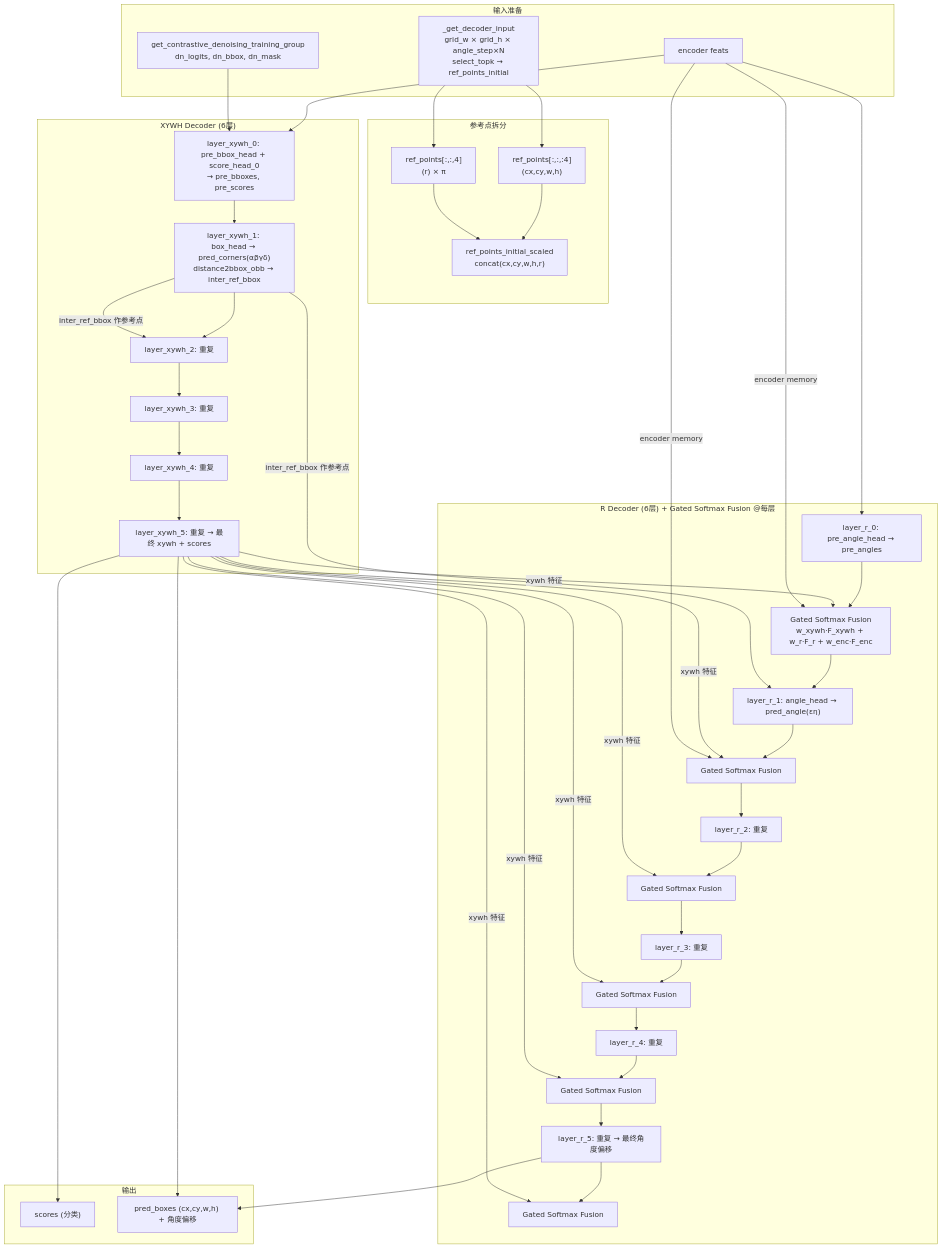
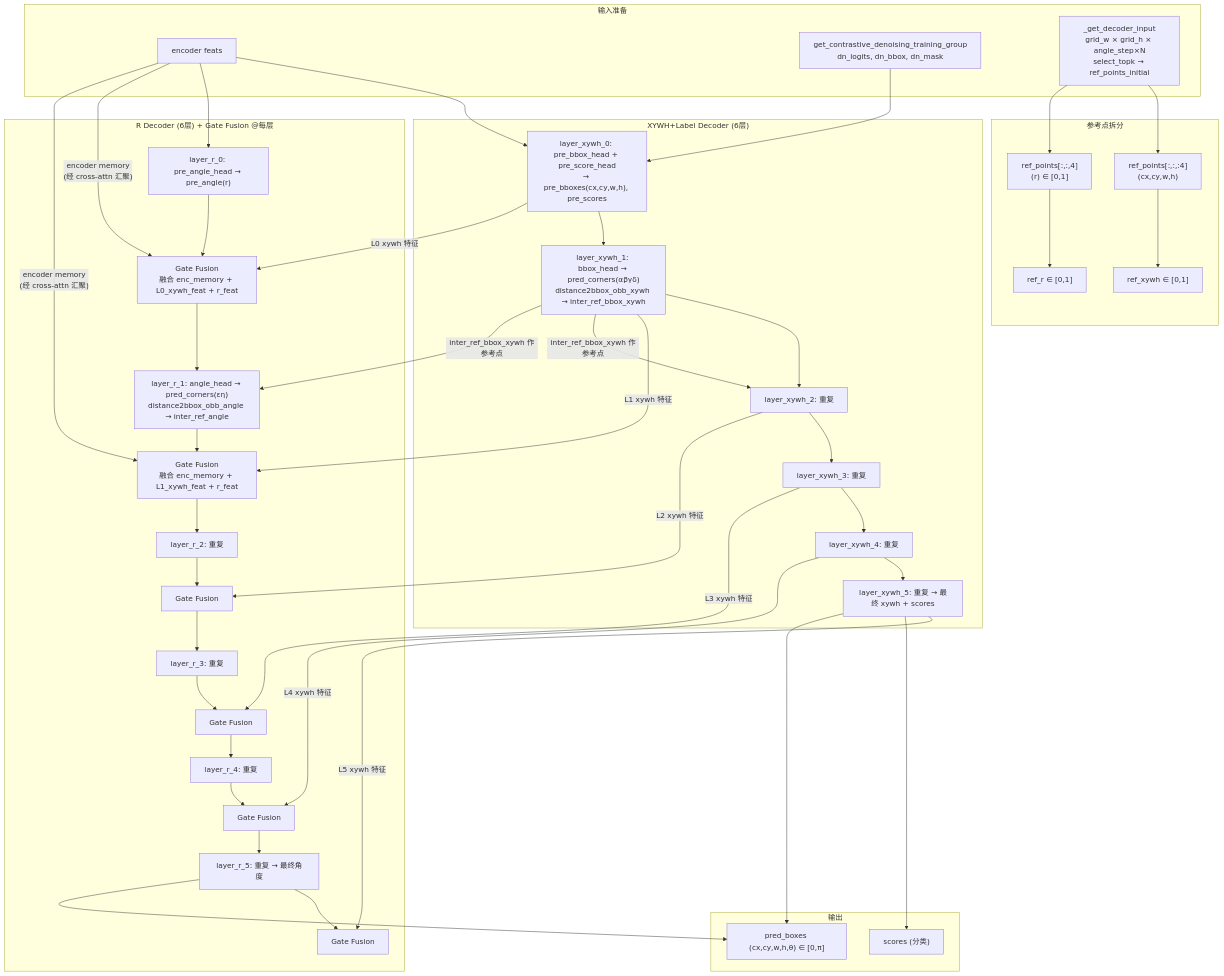
The diagram in docs/superpowers/design/2026-06-25-decoder-decoupling-design.md (brook-cheng/DEIMv2_DAOD), drawn with Mermaid before and after one commit. The commit also changed other lines of this file and 18 other files, not shown here.

````diff
--- a/docs/superpowers/design/2026-06-25-decoder-decoupling-design.md
+++ b/docs/superpowers/design/2026-06-25-decoder-decoupling-design.md
@@ -32,71 +45,70 @@
 ```mermaid
 flowchart TD
     subgraph Input["输入准备"]
         ENC["encoder feats"]
         DN["get_contrastive_denoising_training_group<br/>dn_logits, dn_bbox, dn_mask"]
         ANCHOR["_get_decoder_input<br/>grid_w × grid_h × angle_step×N<br/>select_topk → ref_points_initial"]
     end
 
     subgraph Split["参考点拆分"]
         XYWH["ref_points[:,:,:4]<br/>(cx,cy,w,h)"]
-        R_REF["ref_points[:,:,4]<br/>(r) × π"]
-        SCALED["ref_points_initial_scaled<br/>concat(cx,cy,w,h,r)"]
-        XYWH --> SCALED
-        R_REF --> SCALED
+        R_REF["ref_points[:,:,4]<br/>(r) ∈ [0,1]"]
+        XYWH --> SCALED_XYWH["ref_xywh ∈ [0,1]"]
+        R_REF --> SCALED_R["ref_r ∈ [0,1]"]
     end
 
-    subgraph XYWH_path["XYWH Decoder (6层)"]
-        L0["layer_xywh_0: pre_bbox_head + score_head_0<br/>→ pre_bboxes, pre_scores"]
-        L1["layer_xywh_1: box_head → pred_corners(αβγδ)<br/>distance2bbox_obb → inter_ref_bbox"]
+    subgraph XYWH_path["XYWH+Label Decoder (6层)"]
+        L0["layer_xywh_0: pre_bbox_head + pre_score_head<br/>→ pre_bboxes(cx,cy,w,h), pre_scores"]
+        L1["layer_xywh_1: bbox_head → pred_corners(αβγδ)<br/>distance2bbox_obb_xywh → inter_ref_bbox_xywh"]
         L2["layer_xywh_2: 重复"]
         L3["layer_xywh_3: 重复"]
         L4["layer_xywh_4: 重复"]
         L5["layer_xywh_5: 重复 → 最终 xywh + scores"]
         L0 --> L1 --> L2 --> L3 --> L4 --> L5
     end
 
-    subgraph R_path["R Decoder (6层) + Gated Softmax Fusion @每层"]
-        R0["layer_r_0: pre_angle_head → pre_angles"]
-        GF0["Gated Softmax Fusion<br/>w_xywh·F_xywh + w_r·F_r + w_enc·F_enc"]
-        R1["layer_r_1: angle_head → pred_angle(εη)"]
-        GF1["Gated Softmax Fusion"]
+    subgraph R_path["R Decoder (6层) + Gate Fusion @每层"]
+        R0["layer_r_0: pre_angle_head → pre_angle(r)"]
+        GF0["Gate Fusion<br/>融合 enc_memory + L0_xywh_feat + r_feat"]
+        R1["layer_r_1: angle_head → pred_corners(εη)<br/>distance2bbox_obb_angle → inter_ref_angle"]
+        GF1["Gate Fusion<br/>融合 enc_memory + L1_xywh_feat + r_feat"]
         R2["layer_r_2: 重复"]
-        GF2["Gated Softmax Fusion"]
+        GF2["Gate Fusion"]
         R3["layer_r_3: 重复"]
-        GF3["Gated Softmax Fusion"]
+        GF3["Gate Fusion"]
         R4["layer_r_4: 重复"]
-        GF4["Gated Softmax Fusion"]
-        R5["layer_r_5: 重复 → 最终角度偏移"]
-        GF5["Gated Softmax Fusion"]
+        GF4["Gate Fusion"]
+        R5["layer_r_5: 重复 → 最终角度"]
+        GF5["Gate Fusion"]
 
         R0 --> GF0 --> R1 --> GF1 --> R2 --> GF2 --> R3 --> GF3 --> R4 --> GF4 --> R5 --> GF5
     end
 
     ENC --> L0
     ENC --> R0
     DN --> L0
     ANCHOR --> XYWH
     ANCHOR --> R_REF
 
-    L5 -->|"xywh 特征"| GF0
-    L5 -->|"xywh 特征"| GF1
-    L5 -->|"xywh 特征"| GF2
-    L5 -->|"xywh 特征"| GF3
-    L5 -->|"xywh 特征"| GF4
-    L5 -->|"xywh 特征"| GF5
+    L0 -->|"L0 xywh 特征"| GF0
+    L1 -->|"L1 xywh 特征"| GF1
+    L2 -->|"L2 xywh 特征"| GF2
+    L3 -->|"L3 xywh 特征"| GF3
+    L4 -->|"L4 xywh 特征"| GF4
+    L5 -->|"L5 xywh 特征"| GF5
 
-    ENC -->|"encoder memory"| GF0
-    ENC -->|"encoder memory"| GF1
+    ENC -->|"encoder memory<br/>(经 cross-attn 汇聚)"| GF0
+    ENC -->|"encoder memory<br/>(经 cross-attn 汇聚)"| GF1
 
-    L1 -->|"inter_ref_bbox 作参考点"| L2
-    L1 -->|"inter_ref_bbox 作参考点"| R1
+    L1 -->|"inter_ref_bbox_xywh 作参考点"| L2
+    L1 -->|"inter_ref_bbox_xywh 作参考点"| R1
 
     subgraph Output["输出"]
         SCORES["scores (分类)"]
-        BBOX["pred_boxes (cx,cy,w,h) + 角度偏移"]
+        BBOX["pred_boxes (cx,cy,w,h,θ) ∈ [0,π]"]
     end
 
     L5 --> SCORES
     L5 --> BBOX
     R5 --> BBOX
 ```
````
